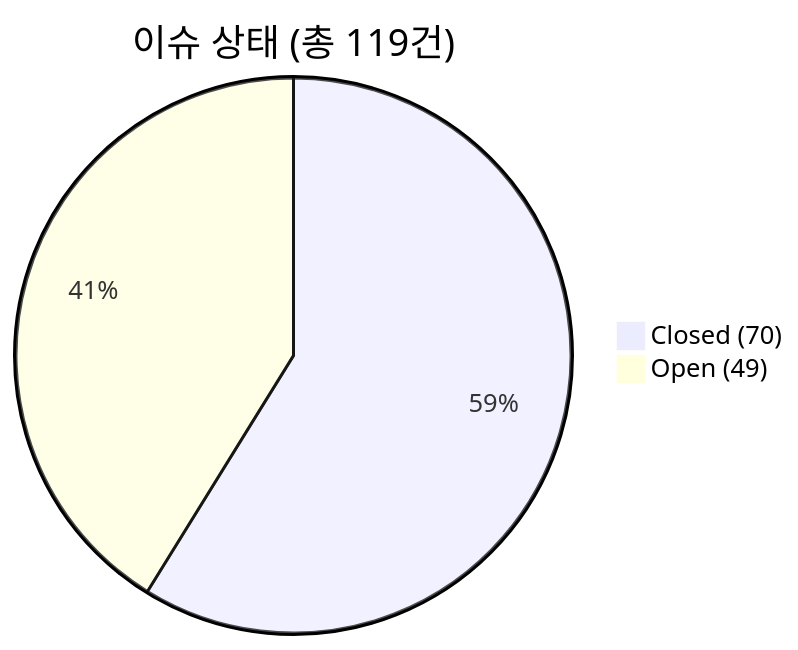
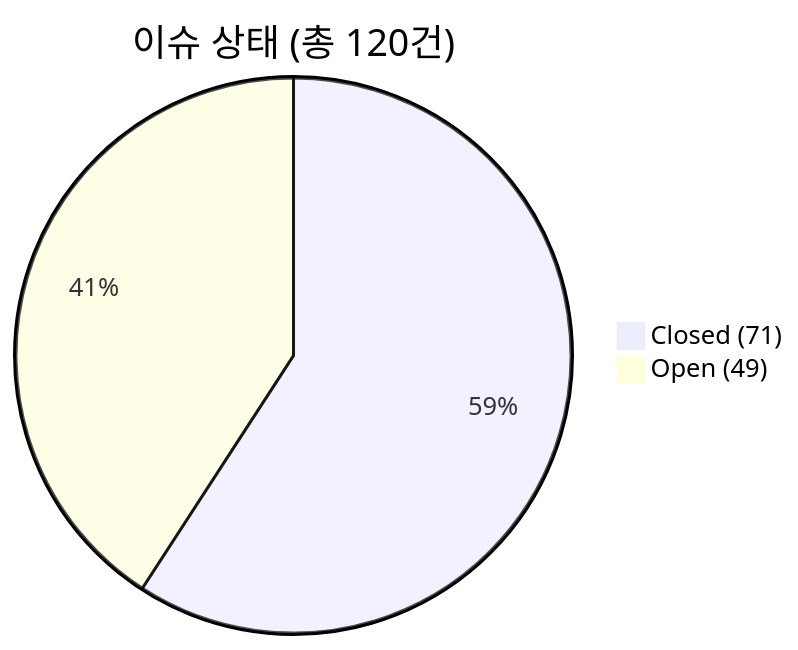
Before and after one commit to holee9/MD-process: the first of 4 diagrams in README.md, drawn with Mermaid. The commit also changed other lines of this file, not shown here.

````diff
--- a/README.md
+++ b/README.md
@@ -87,5 +87,5 @@
 ```mermaid
-pie title 이슈 상태 (총 119건)
-    "Closed (70)" : 70
+pie title 이슈 상태 (총 120건)
+    "Closed (71)" : 71
     "Open (49)" : 49
 ```
````
